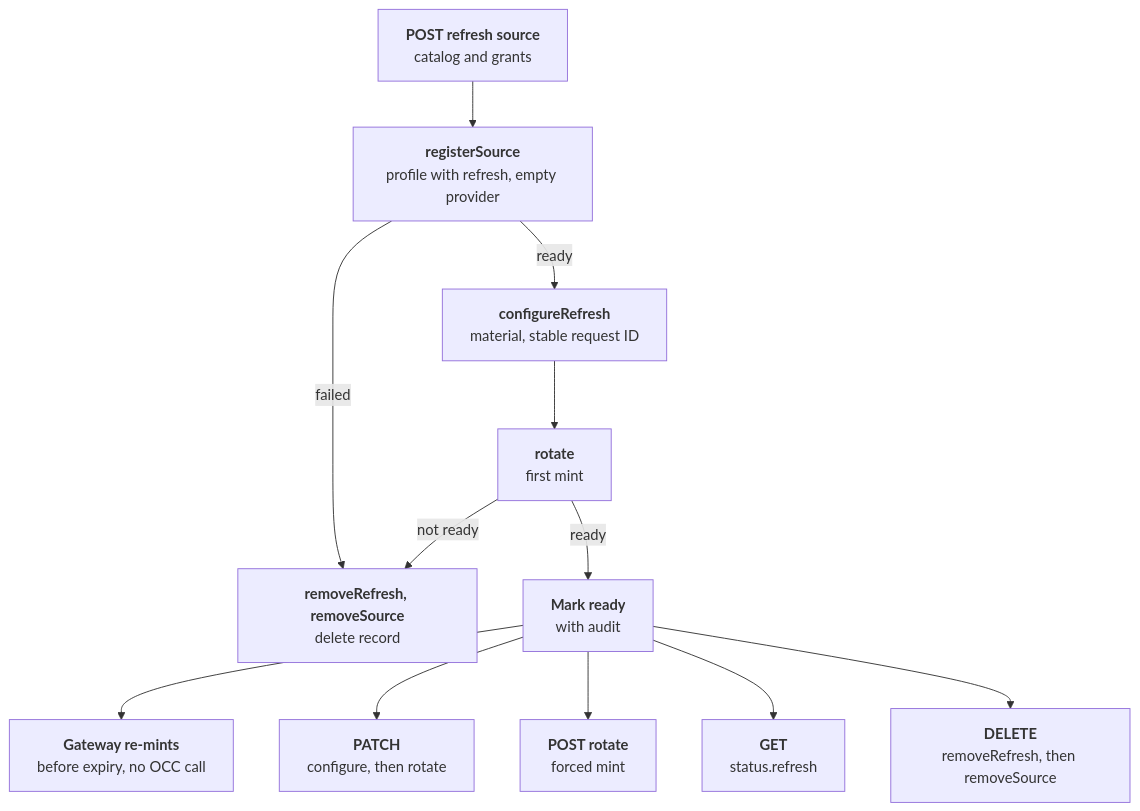
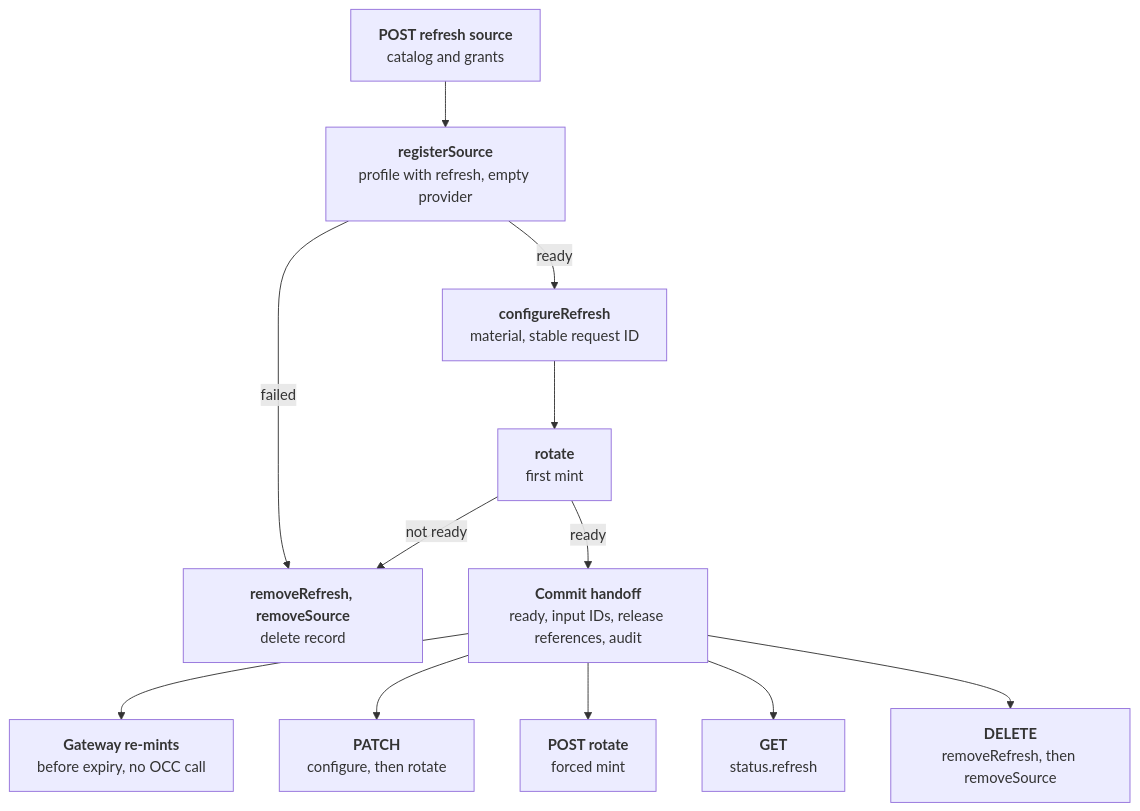
The diagram in docs/flows/credential-source-refresh.md (anmol0b/openclaw-enterprise), drawn with Mermaid before and after one commit. The commit also changed other lines of this file and 23 other files, not shown here.

````diff
--- a/docs/flows/credential-source-refresh.md
+++ b/docs/flows/credential-source-refresh.md
@@ -36,14 +36,14 @@
 ```mermaid
 graph TD
   A["<b>POST refresh source</b><br/>catalog and grants"] --> B["<b>registerSource</b><br/>profile with refresh, empty provider"]
   B -- "failed" --> X["<b>removeRefresh, removeSource</b><br/>delete record"]
   B -- "ready" --> C["<b>configureRefresh</b><br/>material, stable request ID"]
   C --> D["<b>rotate</b><br/>first mint"]
   D -- "not ready" --> X
-  D -- "ready" --> E["<b>Mark ready</b><br/>with audit"]
+  D -- "ready" --> E["<b>Commit handoff</b><br/>ready, input IDs, release references, audit"]
   E --> F["<b>Gateway re-mints</b><br/>before expiry, no OCC call"]
   E --> G["<b>PATCH</b><br/>configure, then rotate"]
   E --> H["<b>POST rotate</b><br/>forced mint"]
   E --> I["<b>GET</b><br/>status.refresh"]
   E --> J["<b>DELETE</b><br/>removeRefresh, then removeSource"]
 ```
````
